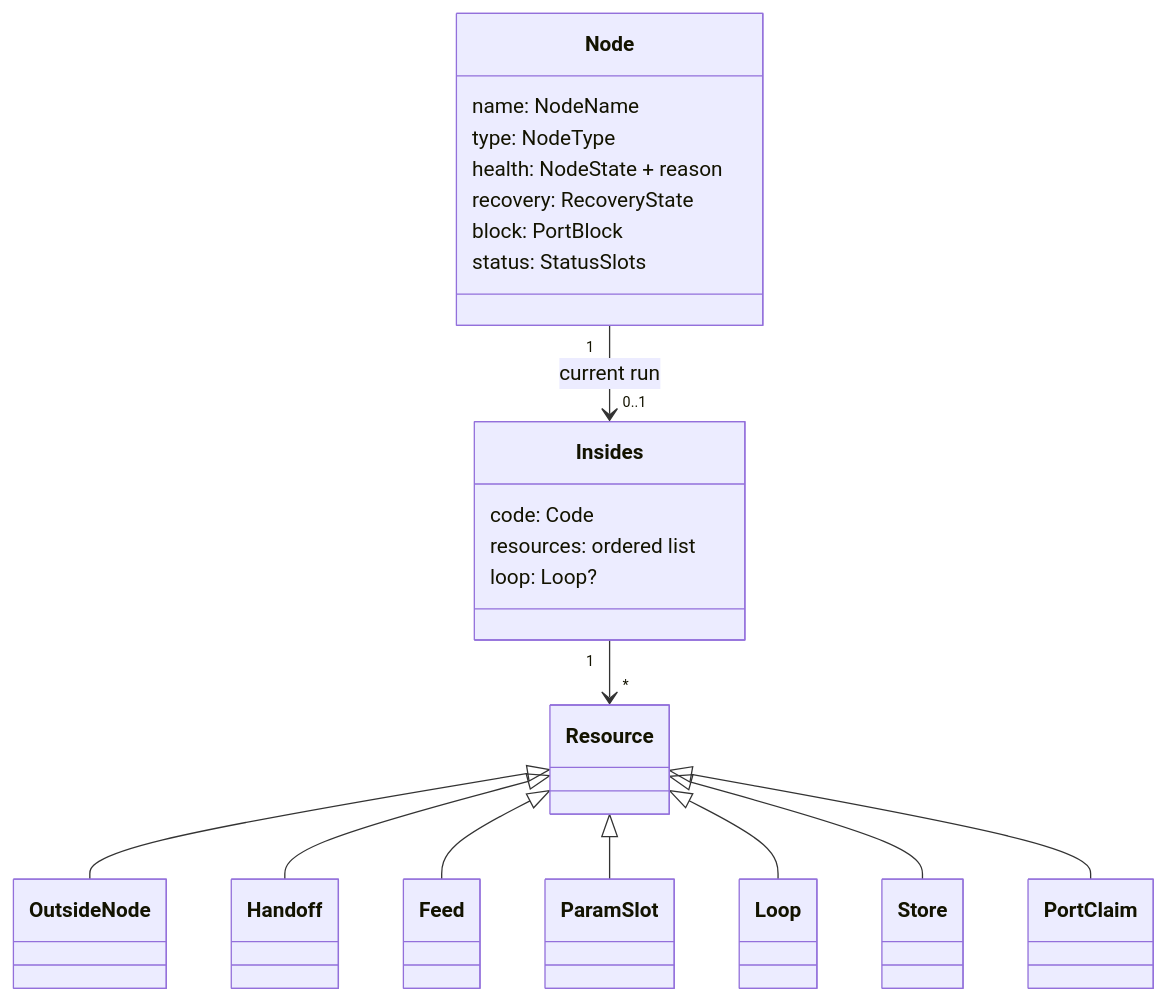
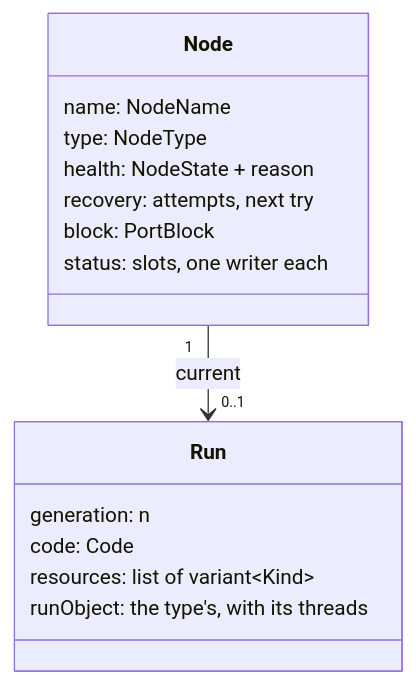
One commit to mcurcio/ear changed the second of 2 diagrams in docs/design/node-framework.md. Above: the diagram before and after it, drawn with Mermaid. The commit also changed other lines of this file, not shown here.

First line of the commit message:
docs(design): revise the node framework after three independent reviews

````diff
--- a/docs/design/node-framework.md
+++ b/docs/design/node-framework.md
@@ -140,25 +137,18 @@
 ```mermaid
 classDiagram
   class Node {
     name: NodeName
     type: NodeType
     health: NodeState + reason
-    recovery: RecoveryState
+    recovery: attempts, next try
     block: PortBlock
-    status: StatusSlots
+    status: slots, one writer each
   }
-  class Insides {
+  class Run {
+    generation: n
     code: Code
-    resources: ordered list
-    loop: Loop?
+    resources: list of variant~Kind~
+    runObject: the type's, with its threads
   }
-  Node "1" --> "0..1" Insides : current run
-  Insides "1" --> "*" Resource
-  Resource <|-- OutsideNode
-  Resource <|-- Handoff
-  Resource <|-- Feed
-  Resource <|-- ParamSlot
-  Resource <|-- Loop
-  Resource <|-- Store
-  Resource <|-- PortClaim
+  Node "1" --> "0..1" Run : current
 ```
````
